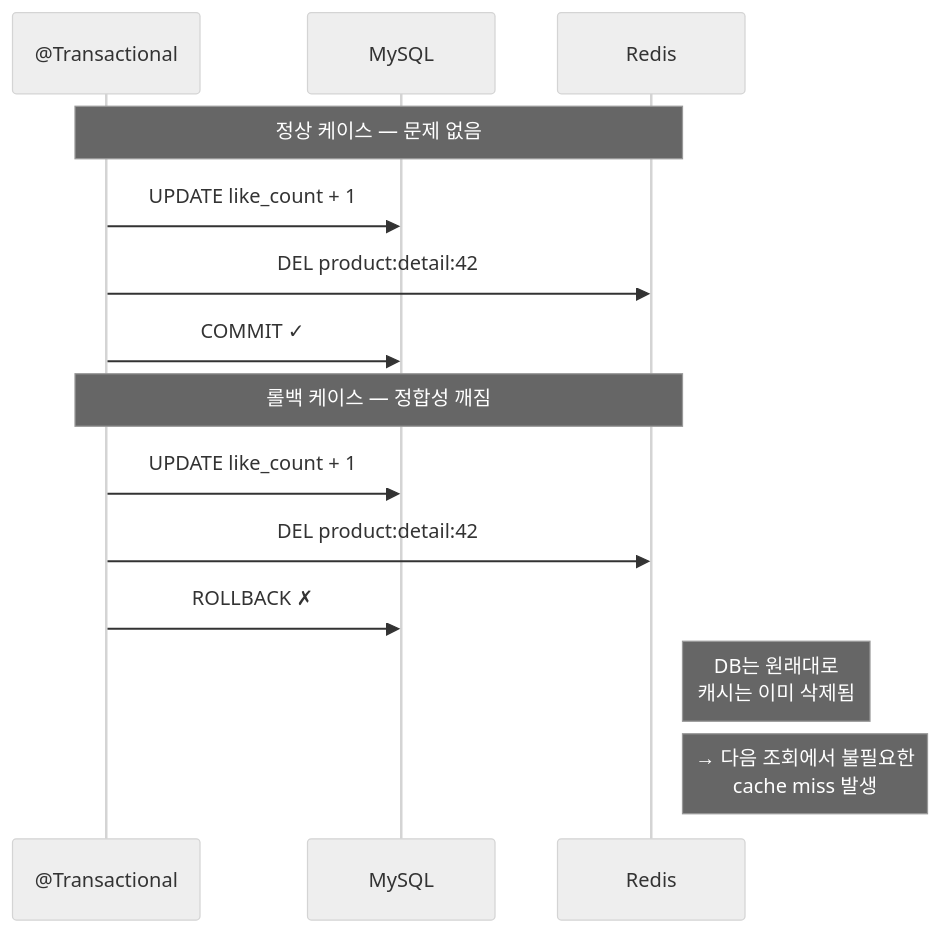
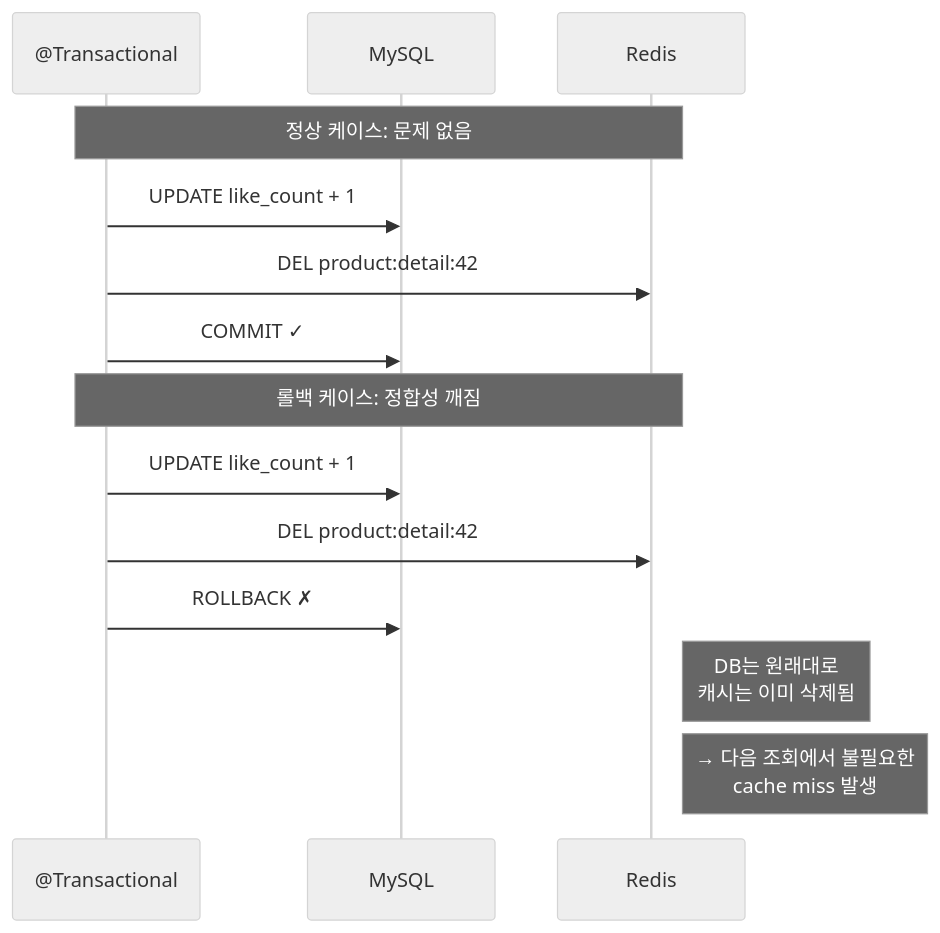
One commit to hyungkishin/hyungkishin.github.io changed the sixth of 10 diagrams in contents/posts/e-commerce/technical-writing/week5/index.md. Above: the diagram before and after it, drawn with Mermaid (neutral theme). The commit also changed other lines of this file and 5 other files, not shown here.

````diff
--- a/contents/posts/e-commerce/technical-writing/week5/index.md
+++ b/contents/posts/e-commerce/technical-writing/week5/index.md
@@ -379,18 +379,18 @@
 ```mermaid
 sequenceDiagram
     participant TX as @Transactional
     participant DB as MySQL
     participant Redis as Redis
 
-    Note over TX,Redis: 정상 케이스 — 문제 없음
+    Note over TX,Redis: 정상 케이스: 문제 없음
     TX->>DB: UPDATE like_count + 1
     TX->>Redis: DEL product:detail:42
     TX->>DB: COMMIT ✓
 
-    Note over TX,Redis: 롤백 케이스 — 정합성 깨짐
+    Note over TX,Redis: 롤백 케이스: 정합성 깨짐
     TX->>DB: UPDATE like_count + 1
     TX->>Redis: DEL product:detail:42
     TX->>DB: ROLLBACK ✗
     Note right of Redis: DB는 원래대로<br/>캐시는 이미 삭제됨
     Note right of Redis: → 다음 조회에서 불필요한<br/>cache miss 발생
 ```
````
